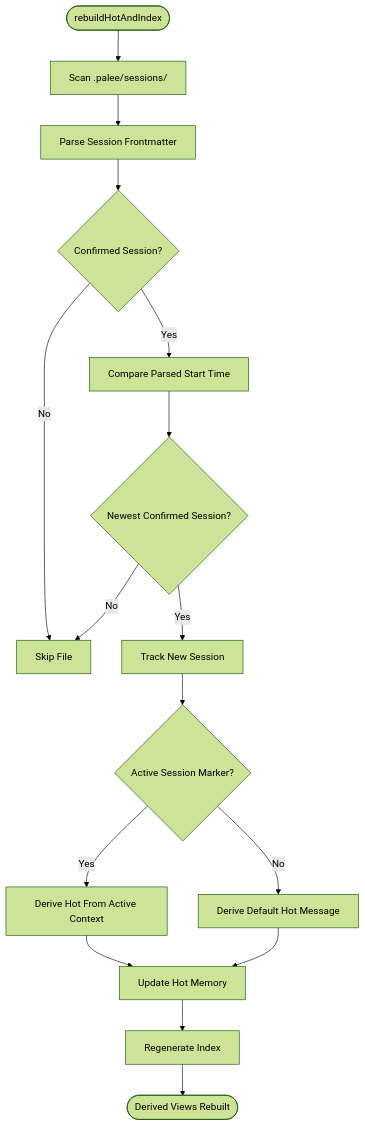
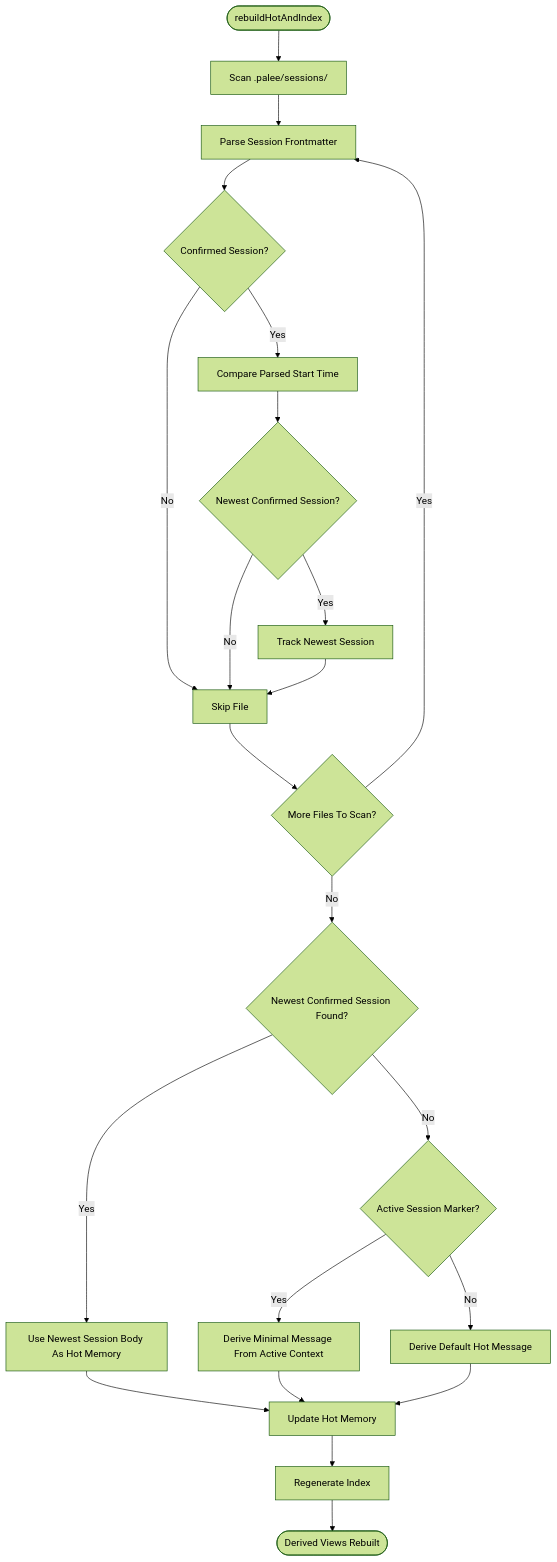
Before and after one commit to Kuldeep2822k/palee-architecture: the seventh of 8 diagrams in Storage System/Session Memory and Storage.md, drawn with Mermaid (forest theme). The commit also changed other lines of this file and 76 other files, not shown here.

````diff
--- a/Storage System/Session Memory and Storage.md
+++ b/Storage System/Session Memory and Storage.md
@@ -299,18 +230,24 @@
 ```mermaid
 flowchart TD
     Rebuild(["rebuildHotAndIndex"]) --> ScanSessions["Scan .palee/sessions/"]
     ScanSessions --> ParseFrontmatter["Parse Session Frontmatter"]
     ParseFrontmatter --> Eligible{"Confirmed Session?"}
     Eligible -->|No| NextSession["Skip File"]
     Eligible -->|Yes| CompareTime["Compare Parsed Start Time"]
     CompareTime --> Newest{"Newest Confirmed Session?"}
-    Newest -->|Yes| TrackNewest["Track New Session"]
+    Newest -->|Yes| TrackNewest["Track Newest Session"]
     Newest -->|No| NextSession
-    TrackNewest --> HasActive{"Active Session Marker?"}
-    HasActive -->|Yes| DeriveFromActive["Derive Hot From Active Context"]
+    TrackNewest --> NextSession
+    NextSession --> MoreFiles{"More Files To Scan?"}
+    MoreFiles -->|Yes| ParseFrontmatter
+    MoreFiles -->|No| HasNewest{"Newest Confirmed Session Found?"}
+    HasNewest -->|Yes| DeriveFromBody["Use Newest Session Body As Hot Memory"]
+    HasNewest -->|No| HasActive{"Active Session Marker?"}
+    HasActive -->|Yes| DeriveFromActive["Derive Minimal Message From Active Context"]
     HasActive -->|No| DeriveDefault["Derive Default Hot Message"]
-    DeriveFromActive --> UpdateHot["Update Hot Memory"]
+    DeriveFromBody --> UpdateHot["Update Hot Memory"]
+    DeriveFromActive --> UpdateHot
     DeriveDefault --> UpdateHot
     UpdateHot --> RegenerateIndex["Regenerate Index"]
     RegenerateIndex --> Done(["Derived Views Rebuilt"])
 ```
````
